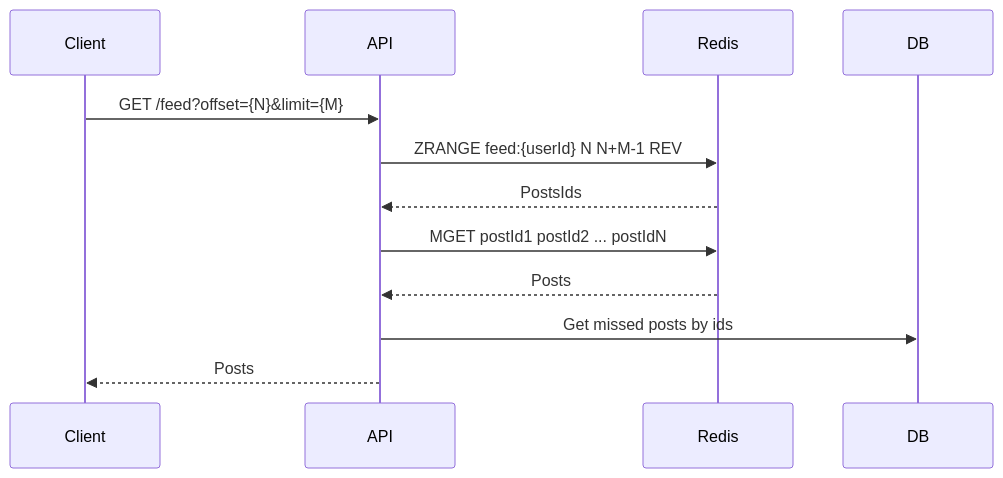
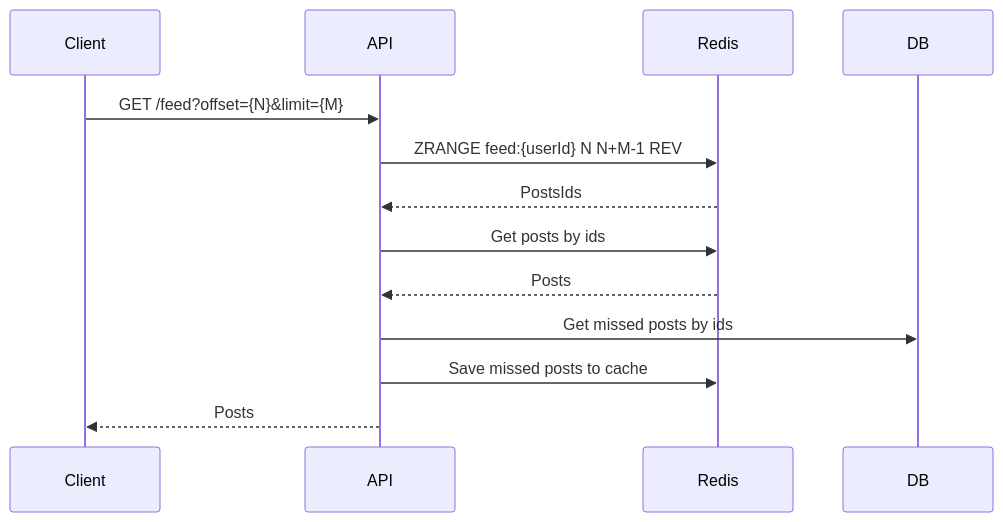
The first of 4 diagrams in readme.md (Romasmi/social-network), drawn with Mermaid before and after one commit. The commit also changed 7 other files, not shown here.

Commit message:
Implement feed cache + invalidation on postUpdate.

`````diff
--- a/readme.md
+++ b/readme.md
@@ -91,11 +91,12 @@
 ````mermaid
 sequenceDiagram
     Client->>API: GET /feed?offset={N}&limit={M}
     API->>Redis: ZRANGE feed:{userId} N N+M-1 REV
     Redis-->>API: PostsIds
-    API->>Redis: MGET postId1 postId2 ... postIdN
+    API->>Redis: Get posts by ids
     Redis-->>API: Posts
     API->>DB: Get missed posts by ids
+    API->>Redis: Save missed posts to cache
     API-->>Client: Posts
     
 ````
`````
